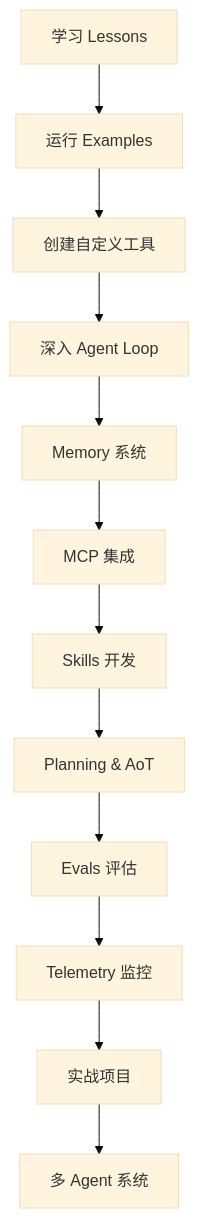
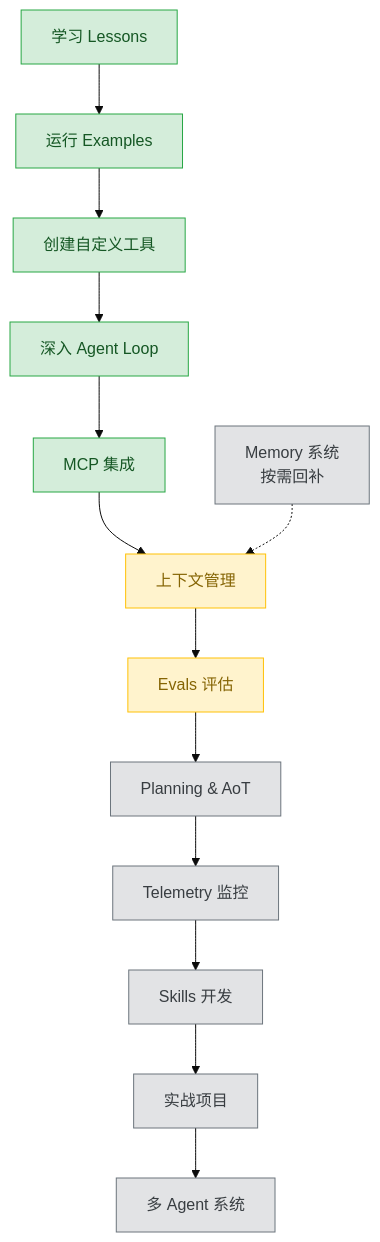
The diagram in docs/Agent进阶学习计划.md (GrantDuan/Mini-Agent), drawn with Mermaid (base theme) before and after one commit. The commit also changed other lines of this file, not shown here.

Commit message:
Revise learning roadmap and update progress tracking for Mini Agent

````diff
--- a/docs/Agent进阶学习计划.md
+++ b/docs/Agent进阶学习计划.md
@@ -624,14 +749,23 @@
 ```mermaid
 graph TD
     A[学习 Lessons] --> B[运行 Examples]
     B --> C[创建自定义工具]
     C --> D[深入 Agent Loop]
-    D --> E[Memory 系统]
-    E --> F[MCP 集成]
-    F --> G[Skills 开发]
-    G --> H[Planning & AoT]
-    H --> I[Evals 评估]
-    I --> J[Telemetry 监控]
-    J --> K[实战项目]
+    D --> F[MCP 集成]
+    F --> E2[上下文管理]
+    E2 --> I[Evals 评估]
+    I --> H[Planning & AoT]
+    H --> J[Telemetry 监控]
+    J --> G[Skills 开发]
+    G --> K[实战项目]
     K --> L[多 Agent 系统]
+    E[Memory 系统<br/>按需回补] -.-> E2
+
+    classDef done fill:#d4edda,stroke:#28a745,color:#155724
+    classDef next fill:#fff3cd,stroke:#ffc107,color:#856404
+    classDef later fill:#e2e3e5,stroke:#6c757d,color:#383d41
+    class A,B,C,D,F done
+    class E2,I next
+    class H,J,G,K,L later
+    class E later
 ```
````
